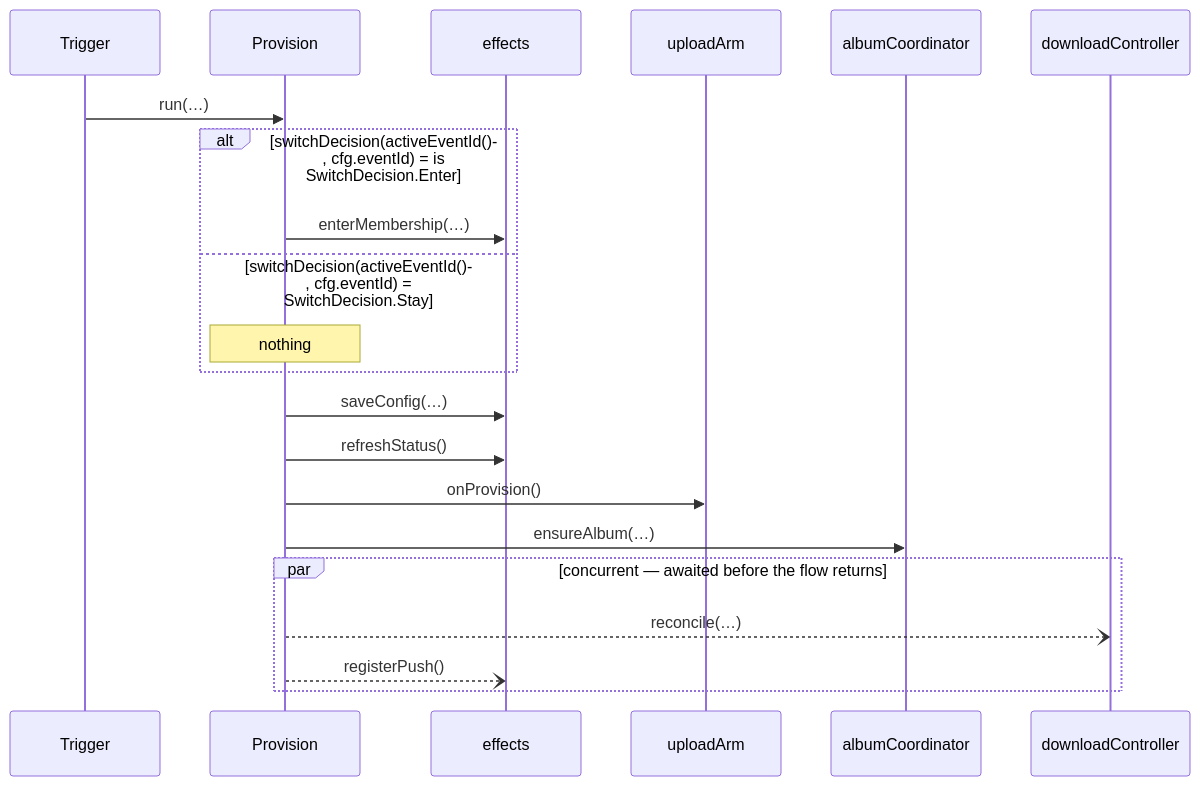
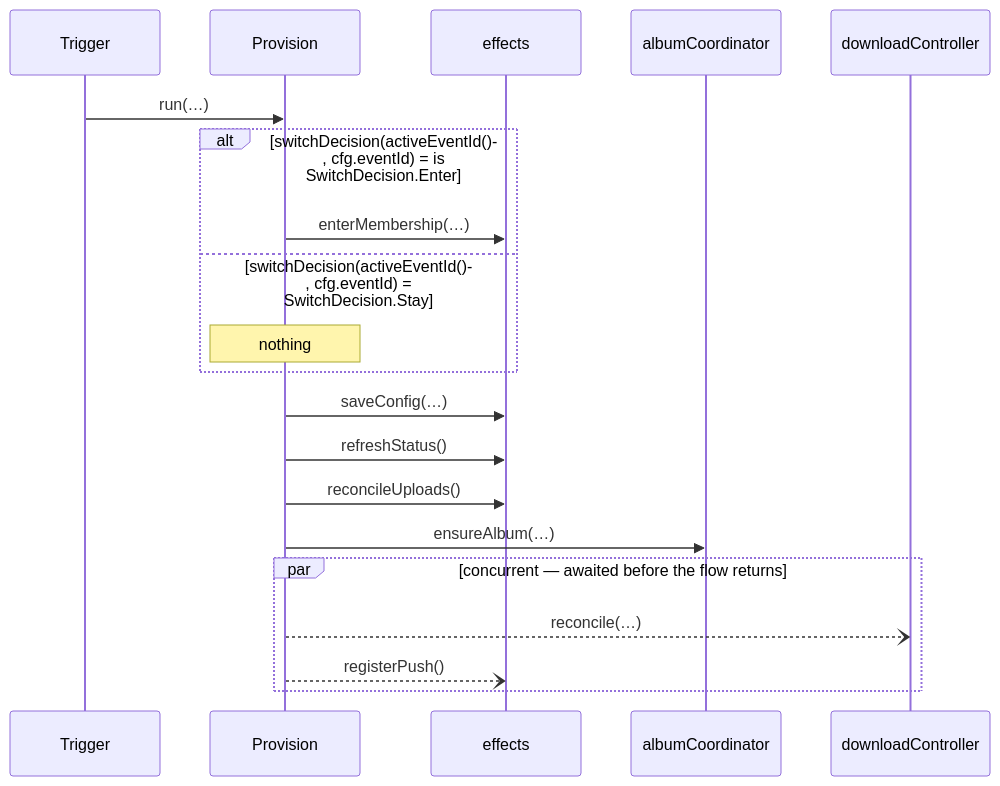
The diagram in architecture/flows/Provision.md (stefanhoelzl/SnapSync), drawn with Mermaid before and after one commit. The commit also changed 44 other files, not shown here.

````diff
--- a/architecture/flows/Provision.md
+++ b/architecture/flows/Provision.md
@@ -14,23 +14,22 @@
 ```mermaid
 sequenceDiagram
   participant Trigger
   participant Provision
   participant effects
-  participant uploadArm
   participant albumCoordinator
   participant downloadController
   Trigger->>Provision: run(…)
   alt switchDecision(activeEventId(), cfg.eventId) = is SwitchDecision.Enter
     Provision->>effects: enterMembership(…)
   else switchDecision(activeEventId(), cfg.eventId) = SwitchDecision.Stay
     Note over Provision: nothing
   end
   Provision->>effects: saveConfig(…)
   Provision->>effects: refreshStatus()
-  Provision->>uploadArm: onProvision()
+  Provision->>effects: reconcileUploads()
   Provision->>albumCoordinator: ensureAlbum(…)
   par concurrent — awaited before the flow returns
     Provision--)downloadController: reconcile(…)
     Provision--)effects: registerPush()
   end
 ```
````
